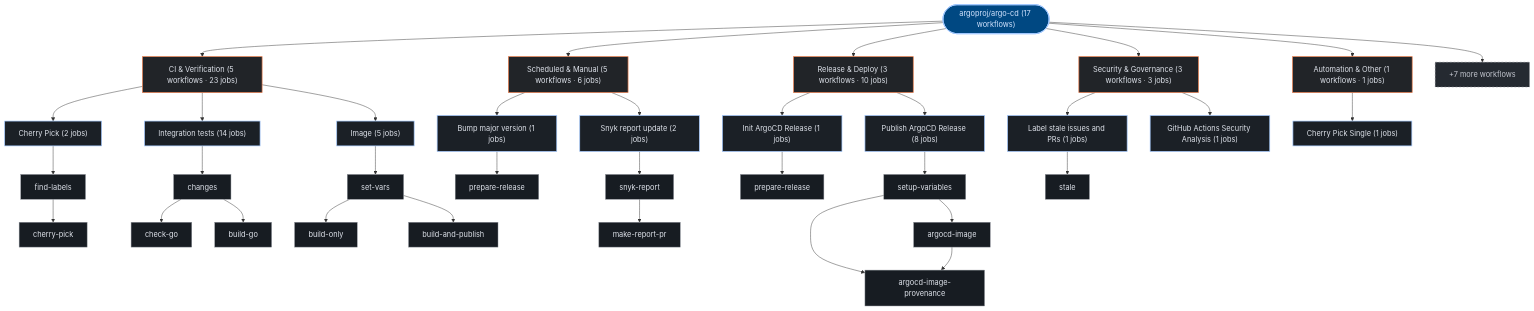
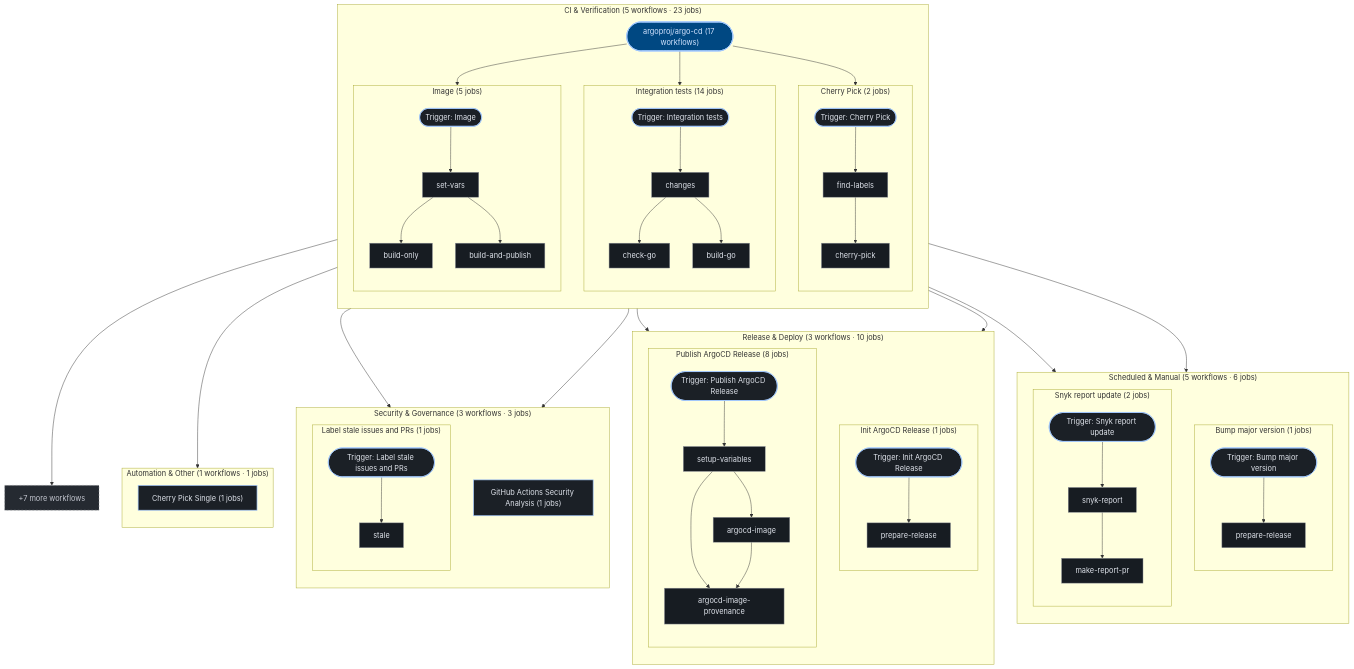
The third of 3 diagrams in exports/latest/reports/argoproj-argo-cd-report.md (kumarshaz/atruss-code-atlas), drawn with Mermaid before and after one commit. The commit also changed 181 other files, not shown here.

````diff
--- a/exports/latest/reports/argoproj-argo-cd-report.md
+++ b/exports/latest/reports/argoproj-argo-cd-report.md
@@ -524,69 +524,98 @@
   classDef atlasAlert fill:#93000a,stroke:#ffb4ab,stroke-width:1.5px,color:#ffdad6
   classDef atlasMore fill:#252a31,stroke:#8d9199,stroke-dasharray:4 4,color:#c3c6cf
   pipeline_root(["argoproj/argo-cd (17 workflows)"]):::atlasRoot
-  grp_0_CI___Verification["CI & Verification (5 workflows · 23 jobs)"]:::atlasCategory
-  pipeline_root --> grp_0_CI___Verification
-  wf_3_Cherry_Pick["Cherry Pick (2 jobs)"]:::atlasWorkflow
-  grp_0_CI___Verification --> wf_3_Cherry_Pick
-  job_3_find_labels["find-labels"]:::atlasJob
-  job_3_cherry_pick["cherry-pick"]:::atlasJob
-  wf_3_Cherry_Pick --> job_3_find_labels
-  job_3_find_labels --> job_3_cherry_pick
-  wf_4_Integration_tests["Integration tests (14 jobs)"]:::atlasWorkflow
-  grp_0_CI___Verification --> wf_4_Integration_tests
-  job_4_changes["changes"]:::atlasJob
-  job_4_check_go["check-go"]:::atlasJob
-  job_4_build_go["build-go"]:::atlasJob
-  wf_4_Integration_tests --> job_4_changes
-  job_4_changes --> job_4_check_go
-  job_4_changes --> job_4_build_go
-  wf_8_Image["Image (5 jobs)"]:::atlasWorkflow
-  grp_0_CI___Verification --> wf_8_Image
-  job_8_set_vars["set-vars"]:::atlasJob
-  job_8_build_only["build-only"]:::atlasJob
-  job_8_build_and_publish["build-and-publish"]:::atlasJob
-  wf_8_Image --> job_8_set_vars
-  job_8_set_vars --> job_8_build_only
-  job_8_set_vars --> job_8_build_and_publish
-  grp_1_Scheduled___Manual["Scheduled & Manual (5 workflows · 6 jobs)"]:::atlasCategory
-  pipeline_root --> grp_1_Scheduled___Manual
-  wf_1_Bump_major_version["Bump major version (1 jobs)"]:::atlasWorkflow
-  grp_1_Scheduled___Manual --> wf_1_Bump_major_version
-  job_1_prepare_release["prepare-release"]:::atlasJob
-  wf_1_Bump_major_version --> job_1_prepare_release
-  wf_15_Snyk_report_update["Snyk report update (2 jobs)"]:::atlasWorkflow
-  grp_1_Scheduled___Manual --> wf_15_Snyk_report_update
-  job_15_snyk_report["snyk-report"]:::atlasJob
-  job_15_make_report_pr["make-report-pr"]:::atlasJob
-  wf_15_Snyk_report_update --> job_15_snyk_report
-  job_15_snyk_report --> job_15_make_report_pr
-  grp_2_Release___Deploy["Release & Deploy (3 workflows · 10 jobs)"]:::atlasCategory
-  pipeline_root --> grp_2_Release___Deploy
-  wf_9_Init_ArgoCD_Release["Init ArgoCD Release (1 jobs)"]:::atlasWorkflow
-  grp_2_Release___Deploy --> wf_9_Init_ArgoCD_Release
-  job_9_prepare_release["prepare-release"]:::atlasJob
-  wf_9_Init_ArgoCD_Release --> job_9_prepare_release
-  wf_11_Publish_ArgoCD_Release["Publish ArgoCD Release (8 jobs)"]:::atlasWorkflow
-  grp_2_Release___Deploy --> wf_11_Publish_ArgoCD_Release
-  job_11_argocd_image["argocd-image"]:::atlasJob
-  job_11_setup_variables["setup-variables"]:::atlasJob
-  job_11_argocd_image_provenance["argocd-image-provenance"]:::atlasJob
-  job_11_setup_variables --> job_11_argocd_image
-  wf_11_Publish_ArgoCD_Release --> job_11_setup_variables
-  job_11_setup_variables --> job_11_argocd_image_provenance
-  job_11_argocd_image --> job_11_argocd_image_provenance
-  grp_3_Security___Governance["Security & Governance (3 workflows · 3 jobs)"]:::atlasCategory
-  pipeline_root --> grp_3_Security___Governance
-  wf_14_Label_stale_issues_and_PRs["Label stale issues and PRs (1 jobs)"]:::atlasWorkflow
-  grp_3_Security___Governance --> wf_14_Label_stale_issues_and_PRs
-  job_14_stale["stale"]:::atlasJob
-  wf_14_Label_stale_issues_and_PRs --> job_14_stale
-  wf_16_GitHub_Actions_Security_Analysis["GitHub Actions Security Analysis (1 jobs)"]:::atlasWorkflow
-  grp_3_Security___Governance --> wf_16_GitHub_Actions_Security_Analysis
-  grp_4_Automation___Other["Automation & Other (1 workflows · 1 jobs)"]:::atlasCategory
-  pipeline_root --> grp_4_Automation___Other
-  wf_2_Cherry_Pick_Single["Cherry Pick Single (1 jobs)"]:::atlasWorkflow
-  grp_4_Automation___Other --> wf_2_Cherry_Pick_Single
+  subgraph sg_grp_0_CI___Verification["CI & Verification (5 workflows · 23 jobs)"]
+    direction TB
+    subgraph sg_wf_3_Cherry_Pick["Cherry Pick (2 jobs)"]
+      direction TB
+      wf_3_Cherry_Pick(["Trigger: Cherry Pick"]):::atlasWorkflow
+      job_3_find_labels["find-labels"]:::atlasJob
+      job_3_cherry_pick["cherry-pick"]:::atlasJob
+      wf_3_Cherry_Pick --> job_3_find_labels
+      job_3_find_labels --> job_3_cherry_pick
+    end
+    pipeline_root --> wf_3_Cherry_Pick
+    subgraph sg_wf_4_Integration_tests["Integration tests (14 jobs)"]
+      direction TB
+      wf_4_Integration_tests(["Trigger: Integration tests"]):::atlasWorkflow
+      job_4_changes["changes"]:::atlasJob
+      job_4_check_go["check-go"]:::atlasJob
+      job_4_build_go["build-go"]:::atlasJob
+      wf_4_Integration_tests --> job_4_changes
+      job_4_changes --> job_4_check_go
+      job_4_changes --> job_4_build_go
+    end
+    pipeline_root --> wf_4_Integration_tests
+    subgraph sg_wf_8_Image["Image (5 jobs)"]
+      direction TB
+      wf_8_Image(["Trigger: Image"]):::atlasWorkflow
+      job_8_set_vars["set-vars"]:::atlasJob
+      job_8_build_only["build-only"]:::atlasJob
+      job_8_build_and_publish["build-and-publish"]:::atlasJob
+      wf_8_Image --> job_8_set_vars
+      job_8_set_vars --> job_8_build_only
+      job_8_set_vars --> job_8_build_and_publish
+    end
+    pipeline_root --> wf_8_Image
+  end
+  subgraph sg_grp_1_Scheduled___Manual["Scheduled & Manual (5 workflows · 6 jobs)"]
+    direction TB
+    subgraph sg_wf_1_Bump_major_version["Bump major version (1 jobs)"]
+      direction TB
+      wf_1_Bump_major_version(["Trigger: Bump major version"]):::atlasWorkflow
+      job_1_prepare_release["prepare-release"]:::atlasJob
+      wf_1_Bump_major_version --> job_1_prepare_release
+    end
+    pipeline_root --> wf_1_Bump_major_version
+    subgraph sg_wf_15_Snyk_report_update["Snyk report update (2 jobs)"]
+      direction TB
+      wf_15_Snyk_report_update(["Trigger: Snyk report update"]):::atlasWorkflow
+      job_15_snyk_report["snyk-report"]:::atlasJob
+      job_15_make_report_pr["make-report-pr"]:::atlasJob
+      wf_15_Snyk_report_update --> job_15_snyk_report
+      job_15_snyk_report --> job_15_make_report_pr
+    end
+    pipeline_root --> wf_15_Snyk_report_update
+  end
+  subgraph sg_grp_2_Release___Deploy["Release & Deploy (3 workflows · 10 jobs)"]
+    direction TB
+    subgraph sg_wf_9_Init_ArgoCD_Release["Init ArgoCD Release (1 jobs)"]
+      direction TB
+      wf_9_Init_ArgoCD_Release(["Trigger: Init ArgoCD Release"]):::atlasWorkflow
+      job_9_prepare_release["prepare-release"]:::atlasJob
+      wf_9_Init_ArgoCD_Release --> job_9_prepare_release
+    end
+    pipeline_root --> wf_9_Init_ArgoCD_Release
+    subgraph sg_wf_11_Publish_ArgoCD_Release["Publish ArgoCD Release (8 jobs)"]
+      direction TB
+      wf_11_Publish_ArgoCD_Release(["Trigger: Publish ArgoCD Release"]):::atlasWorkflow
+      job_11_argocd_image["argocd-image"]:::atlasJob
+      job_11_setup_variables["setup-variables"]:::atlasJob
+      job_11_argocd_image_provenance["argocd-image-provenance"]:::atlasJob
+      job_11_setup_variables --> job_11_argocd_image
+      wf_11_Publish_ArgoCD_Release --> job_11_setup_variables
+      job_11_setup_variables --> job_11_argocd_image_provenance
+      job_11_argocd_image --> job_11_argocd_image_provenance
+    end
+    pipeline_root --> wf_11_Publish_ArgoCD_Release
+  end
+  subgraph sg_grp_3_Security___Governance["Security & Governance (3 workflows · 3 jobs)"]
+    direction TB
+    subgraph sg_wf_14_Label_stale_issues_and_PRs["Label stale issues and PRs (1 jobs)"]
+      direction TB
+      wf_14_Label_stale_issues_and_PRs(["Trigger: Label stale issues and PRs"]):::atlasWorkflow
+      job_14_stale["stale"]:::atlasJob
+      wf_14_Label_stale_issues_and_PRs --> job_14_stale
+    end
+    pipeline_root --> wf_14_Label_stale_issues_and_PRs
+    wf_16_GitHub_Actions_Security_Analysis["GitHub Actions Security Analysis (1 jobs)"]:::atlasWorkflow
+    pipeline_root --> wf_16_GitHub_Actions_Security_Analysis
+  end
+  subgraph sg_grp_4_Automation___Other["Automation & Other (1 workflows · 1 jobs)"]
+    direction TB
+    wf_2_Cherry_Pick_Single["Cherry Pick Single (1 jobs)"]:::atlasWorkflow
+    pipeline_root --> wf_2_Cherry_Pick_Single
+  end
   wf_more["+7 more workflows"]:::atlasMore
   pipeline_root --> wf_more
 ```
````
